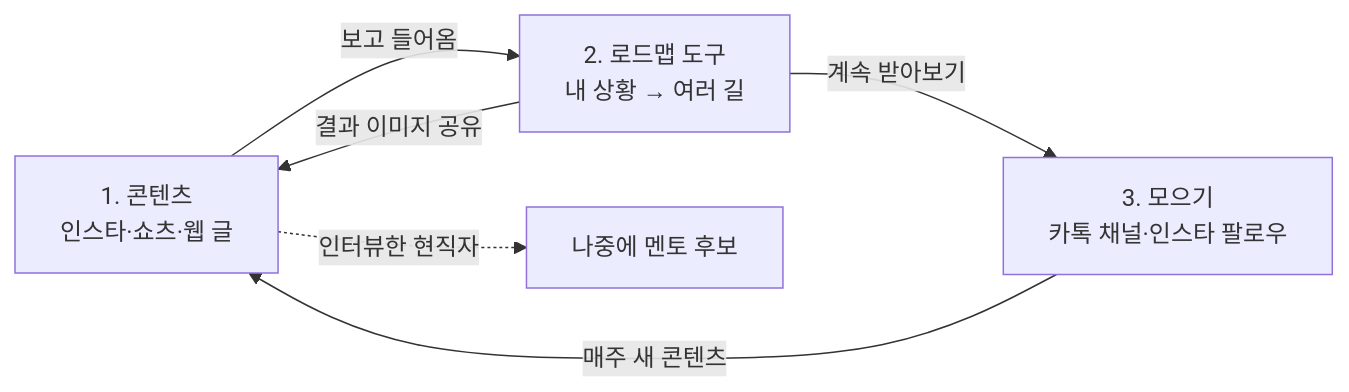
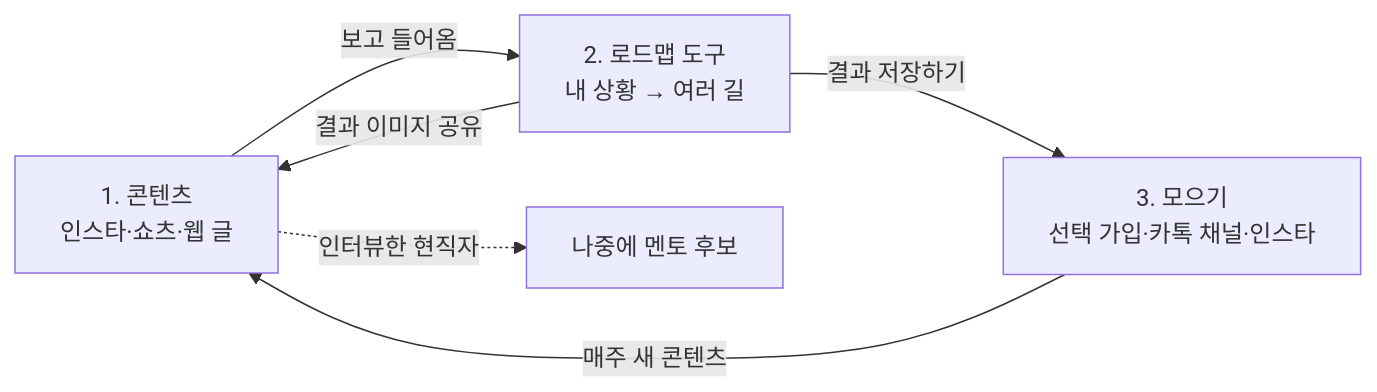
One commit to Sweet-Butters/youth-benefit-finder changed the diagram in docs/mvp.md. Above: the diagram before and after it, drawn with Mermaid. The commit also changed other lines of this file and 5 other files, not shown here.

````diff
--- a/docs/mvp.md
+++ b/docs/mvp.md
@@ -43,8 +43,8 @@
 ```mermaid
 flowchart LR
     A["1. 콘텐츠<br/>인스타·쇼츠·웹 글"] -->|"보고 들어옴"| B["2. 로드맵 도구<br/>내 상황 → 여러 길"]
     B -->|"결과 이미지 공유"| A
-    B -->|"계속 받아보기"| C["3. 모으기<br/>카톡 채널·인스타 팔로우"]
+    B -->|"결과 저장하기"| C["3. 모으기<br/>선택 가입·카톡 채널·인스타"]
     C -->|"매주 새 콘텐츠"| A
     A -.->|"인터뷰한 현직자"| D["나중에 멘토 후보"]
 ```
````
